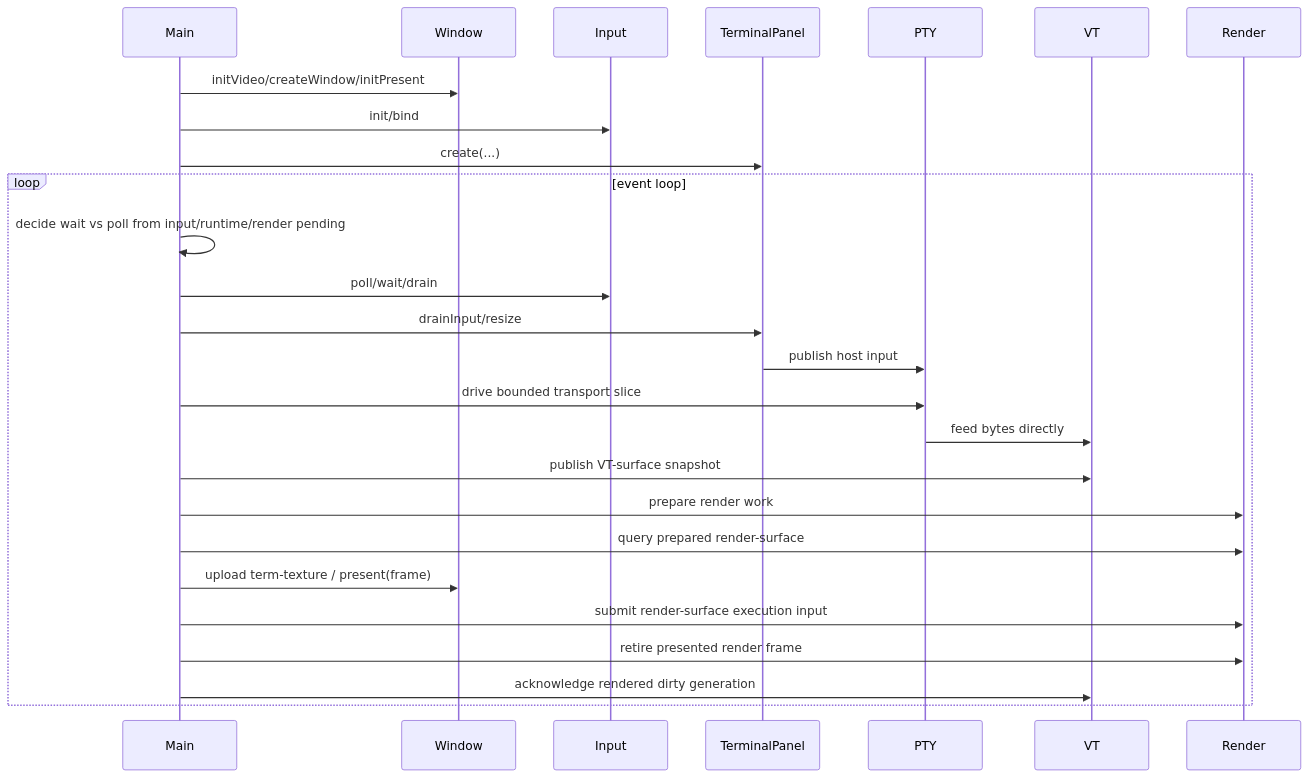
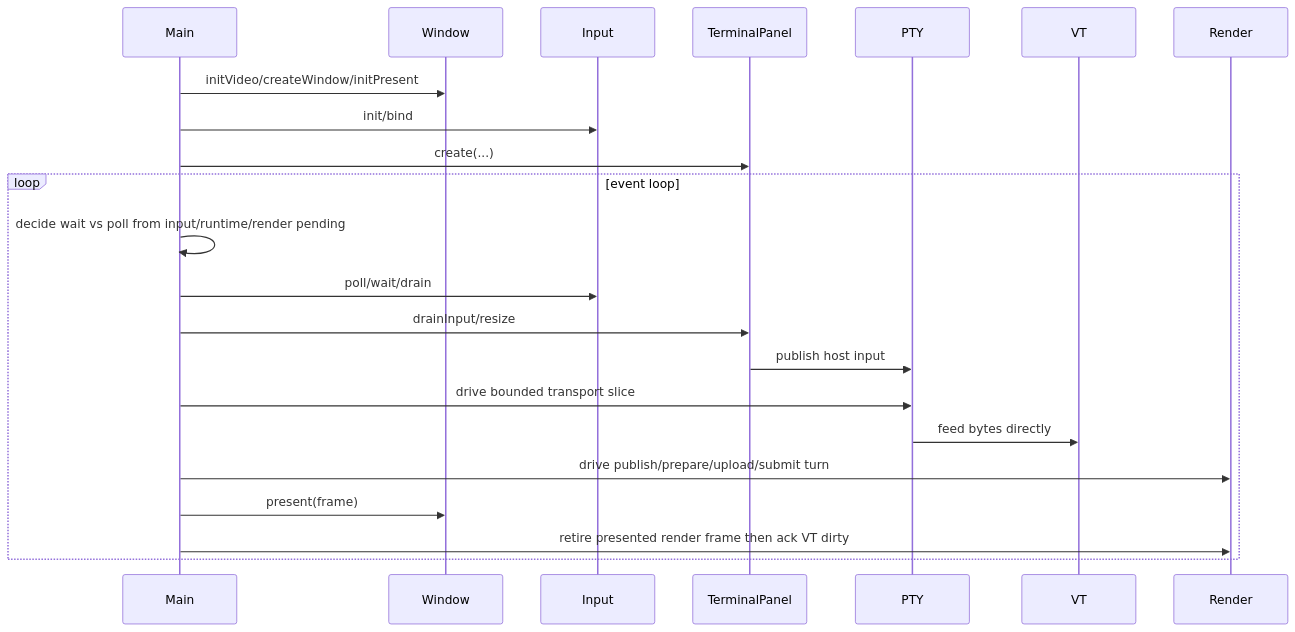
Before and after one commit to LaurenceGuws/howl-linux-host: the third of 3 diagrams in design.md, drawn with Mermaid. The commit also changed other lines of this file and 2 other files, not shown here.

Commit message:
host: centralize render turn owner

````diff
--- a/design.md
+++ b/design.md
@@ -96,29 +100,25 @@
 ```mermaid
 sequenceDiagram
     participant Main
     participant W as Window
     participant I as Input
     participant T as TerminalPanel
     participant P as PTY
     participant V as VT
     participant R as Render
 
     Main->>W: initVideo/createWindow/initPresent
     Main->>I: init/bind
     Main->>T: create(...)
     loop event loop
         Main->>Main: decide wait vs poll from input/runtime/render pending
         Main->>I: poll/wait/drain
         Main->>T: drainInput/resize
         T->>P: publish host input
         Main->>P: drive bounded transport slice
         P->>V: feed bytes directly
-        Main->>V: publish VT-surface snapshot
-        Main->>R: prepare render work
-        Main->>R: query prepared render-surface
-        Main->>W: upload term-texture / present(frame)
-        Main->>R: submit render-surface execution input
-        Main->>R: retire presented render frame
-        Main->>V: acknowledge rendered dirty generation
+        Main->>R: drive publish/prepare/upload/submit turn
+        Main->>W: present(frame)
+        Main->>R: retire presented render frame then ack VT dirty
     end
 ```
````
